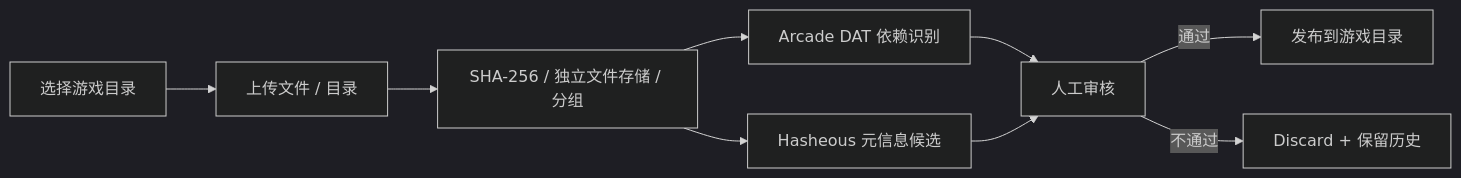
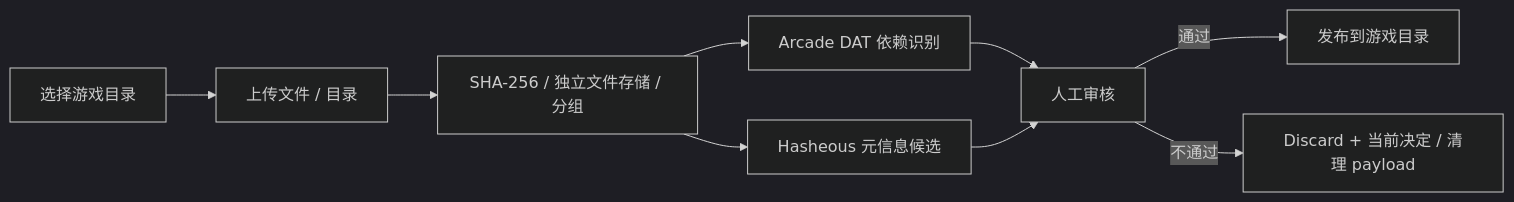
The fourth of 4 diagrams in docs/retrom-product-architecture.md (retrom-project/retrom), drawn with Mermaid (dark theme) before and after one commit. The commit also changed other lines of this file and 16 other files, not shown here.

```diff
--- a/docs/retrom-product-architecture.md
+++ b/docs/retrom-product-architecture.md
@@ -404,11 +404,11 @@
 ~~~mermaid
 flowchart LR
     A["选择游戏目录"] --> B["上传文件 / 目录"]
     B --> C["SHA-256 / 独立文件存储 / 分组"]
     C --> D["Arcade DAT 依赖识别"]
     C --> E["Hasheous 元信息候选"]
     D --> F["人工审核"]
     E --> F
     F -->|通过| G["发布到游戏目录"]
-    F -->|不通过| H["Discard + 保留历史"]
+    F -->|不通过| H["Discard + 当前决定 / 清理 payload"]
 ~~~
```
